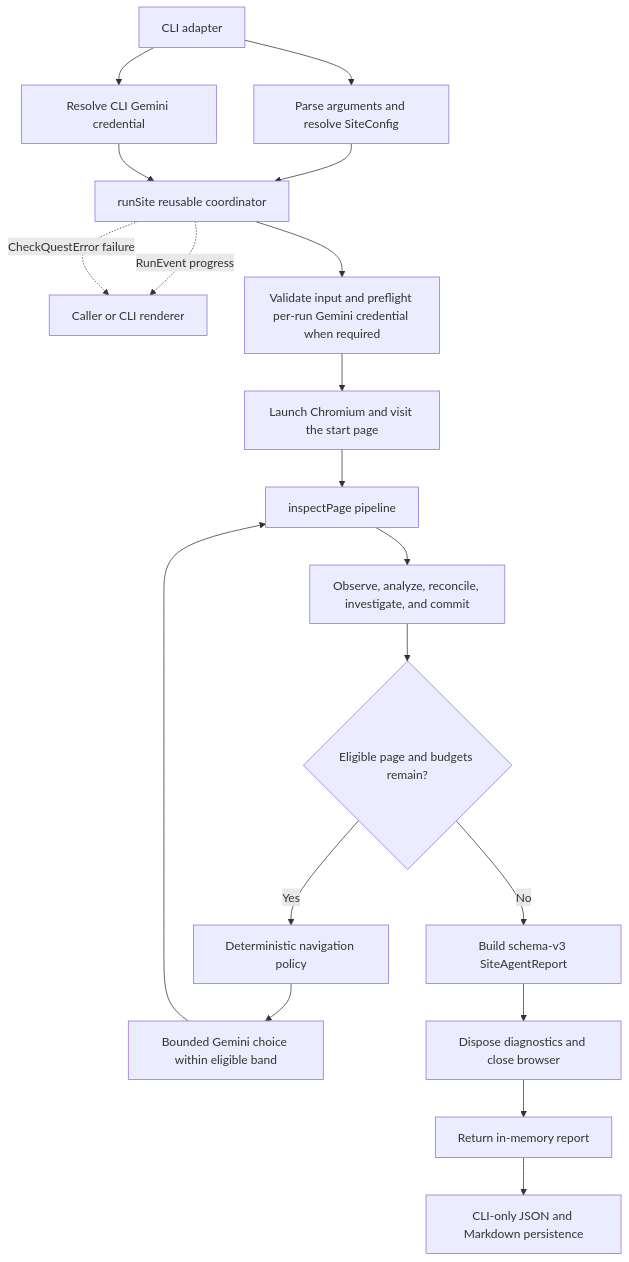
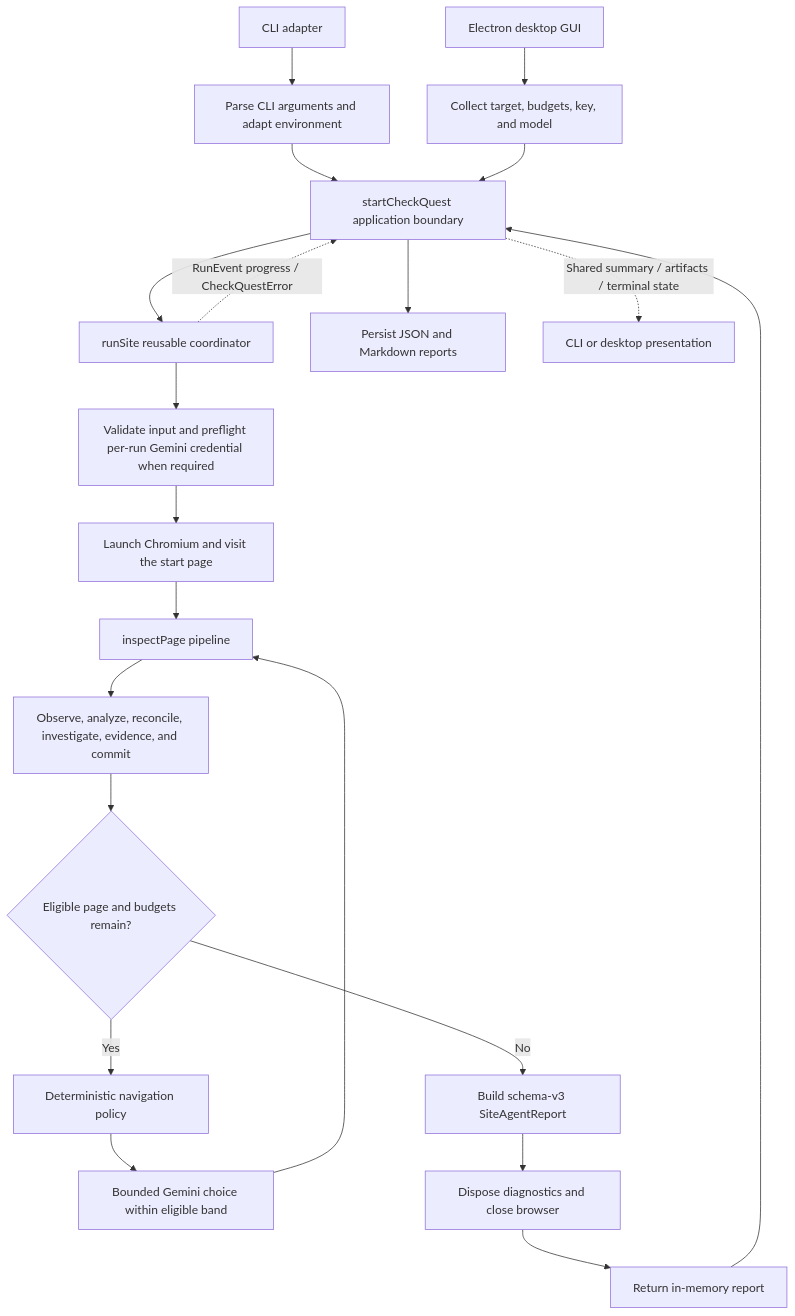
Before and after one commit to bootnihil/checkquest: the diagram in docs/ARCHITECTURE.md, drawn with Mermaid. The commit also changed other lines of this file and 32 other files, not shown here.

````diff
--- a/docs/ARCHITECTURE.md
+++ b/docs/ARCHITECTURE.md
@@ -33,21 +36,23 @@
 ```mermaid
 flowchart TD
-  CLI["CLI adapter"] --> CFG["Parse arguments and resolve SiteConfig"]
-  CLI --> CREDS["Resolve CLI Gemini credential"]
-  CFG --> RUN["runSite reusable coordinator"]
-  CREDS --> RUN
-  RUN -. "RunEvent progress" .-> PRESENT["Caller or CLI renderer"]
-  RUN -. "CheckQuestError failure" .-> PRESENT
+  CLI["CLI adapter"] --> CLIIN["Parse CLI arguments and adapt environment"]
+  DESK["Electron desktop GUI"] --> GUIIN["Collect target, budgets, key, and model"]
+  CLIIN --> APP["startCheckQuest application boundary"]
+  GUIIN --> APP
+  APP --> RUN["runSite reusable coordinator"]
+  RUN -. "RunEvent progress / CheckQuestError" .-> APP
   RUN --> PRE["Validate input and preflight per-run Gemini credential when required"]
   PRE --> BROWSER["Launch Chromium and visit the start page"]
   BROWSER --> PAGE["inspectPage pipeline"]
-  PAGE --> WORK["Observe, analyze, reconcile, investigate, and commit"]
+  PAGE --> WORK["Observe, analyze, reconcile, investigate, evidence, and commit"]
   WORK --> MORE{"Eligible page and budgets remain?"}
   MORE -->|"Yes"| NAV["Deterministic navigation policy"]
   NAV --> CHOICE["Bounded Gemini choice within eligible band"]
   CHOICE --> PAGE
   MORE -->|"No"| REPORT["Build schema-v3 SiteAgentReport"]
   REPORT --> CLEAN["Dispose diagnostics and close browser"]
   CLEAN --> RETURN["Return in-memory report"]
-  RETURN --> PERSIST["CLI-only JSON and Markdown persistence"]
+  RETURN --> APP
+  APP --> PERSIST["Persist JSON and Markdown reports"]
+  APP -. "Shared summary / artifacts / terminal state" .-> PRESENT["CLI or desktop presentation"]
 ```
````
